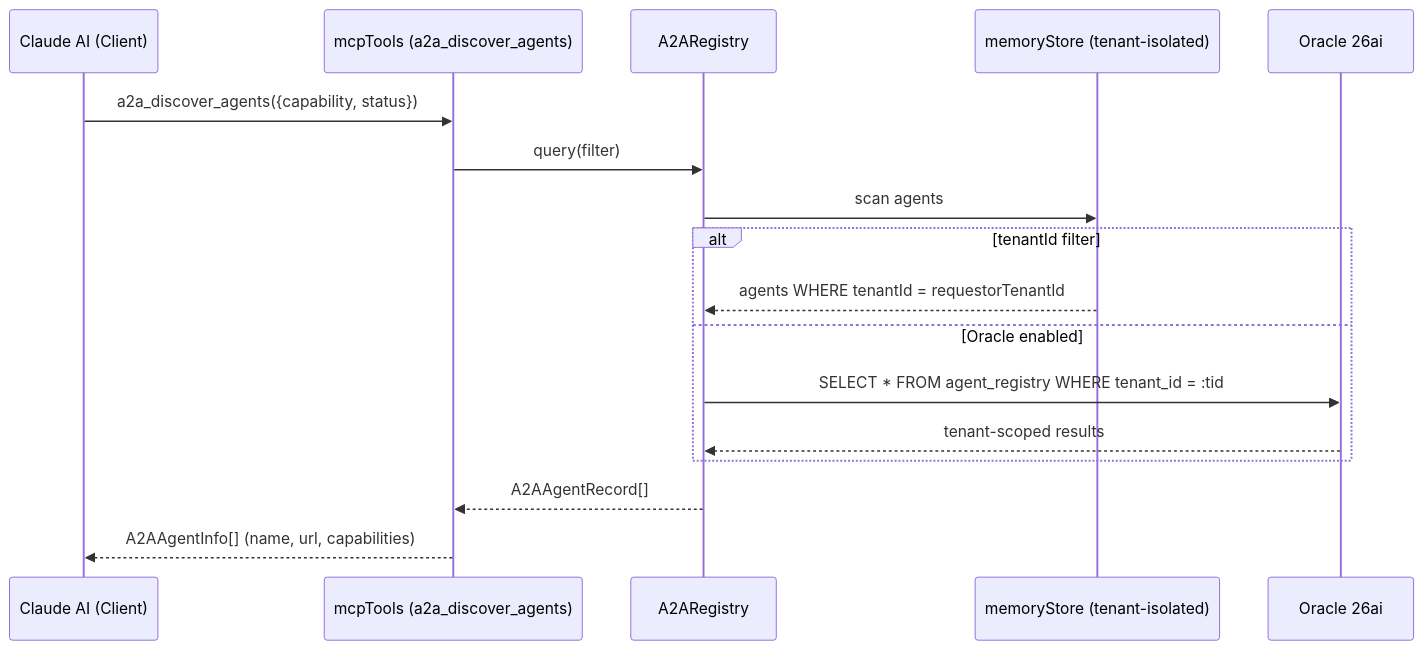
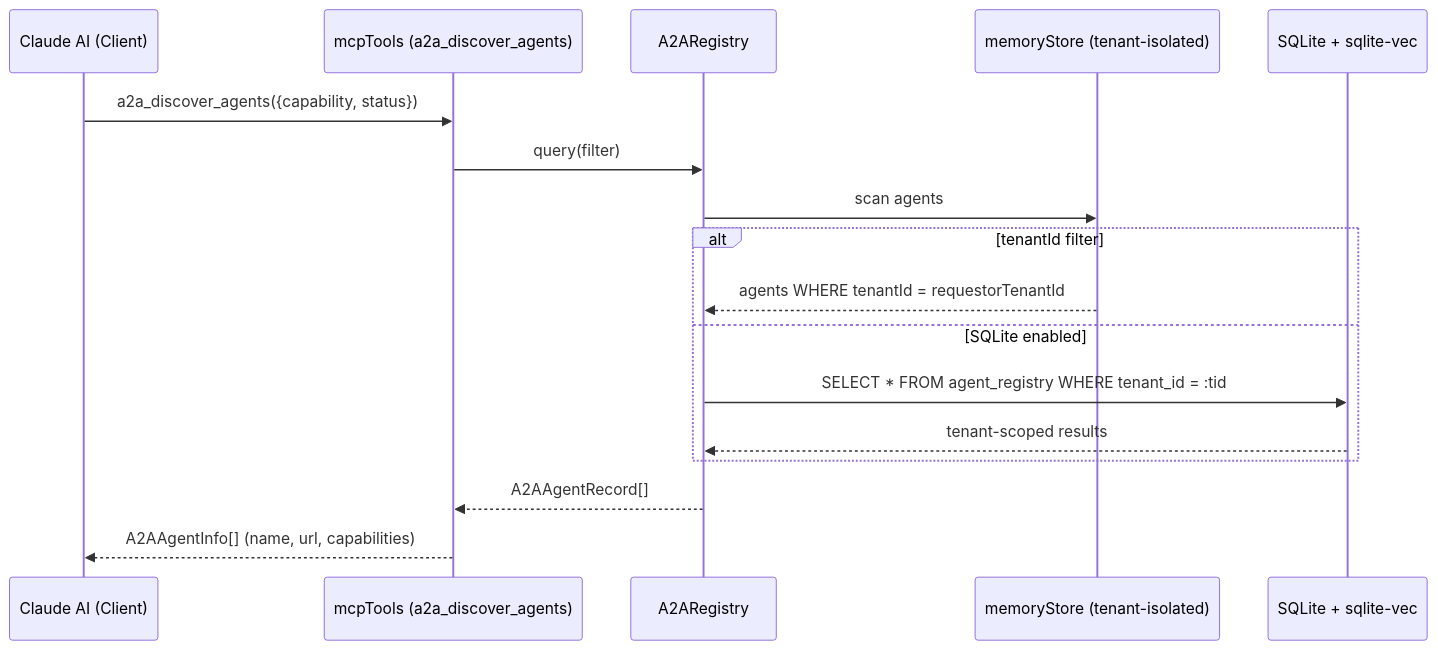
The first of 10 diagrams in docs/a2a-flow.md (giauphan/codeatlas-platform), drawn with Mermaid before and after one commit. The commit also changed other lines of this file and 79 other files, not shown here.

First line of the commit message:
Migrate from Oracle to SQLite as default database (#226)

````diff
--- a/docs/a2a-flow.md
+++ b/docs/a2a-flow.md
@@ -5,20 +5,20 @@
 ```mermaid
 sequenceDiagram
     participant Claude as Claude AI (Client)
     participant A2A_MCP as mcpTools (a2a_discover_agents)
     participant Registry as A2ARegistry
     participant MemStore as memoryStore (tenant-isolated)
-    participant Oracle as Oracle 26ai
+    participant SQLite as SQLite + sqlite-vec
 
     Claude->>A2A_MCP: a2a_discover_agents({capability, status})
     A2A_MCP->>Registry: query(filter)
     Registry->>MemStore: scan agents
     alt tenantId filter
         MemStore-->>Registry: agents WHERE tenantId = requestorTenantId
-    else Oracle enabled
-        Registry->>Oracle: SELECT * FROM agent_registry WHERE tenant_id = :tid
-        Oracle-->>Registry: tenant-scoped results
+    else SQLite enabled
+        Registry->>SQLite: SELECT * FROM agent_registry WHERE tenant_id = :tid
+        SQLite-->>Registry: tenant-scoped results
     end
     Registry-->>A2A_MCP: A2AAgentRecord[]
     A2A_MCP-->>Claude: A2AAgentInfo[] (name, url, capabilities)
 ```
````
